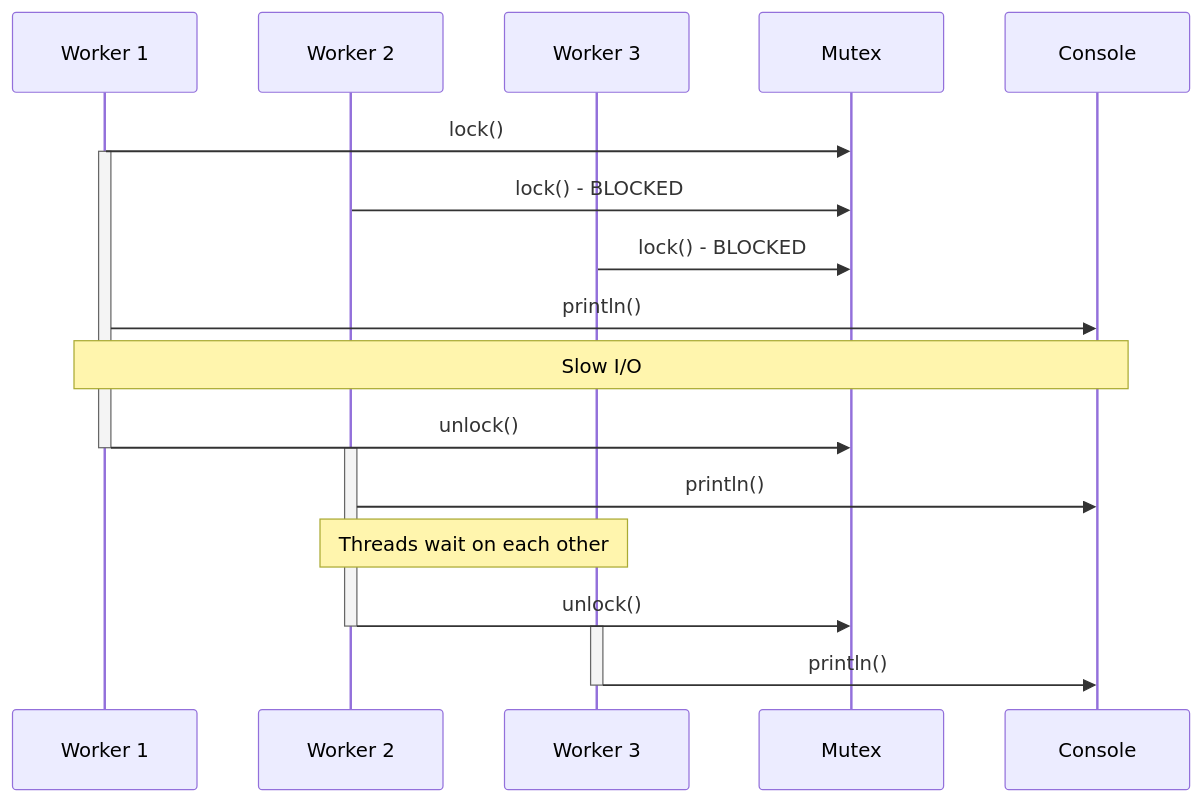
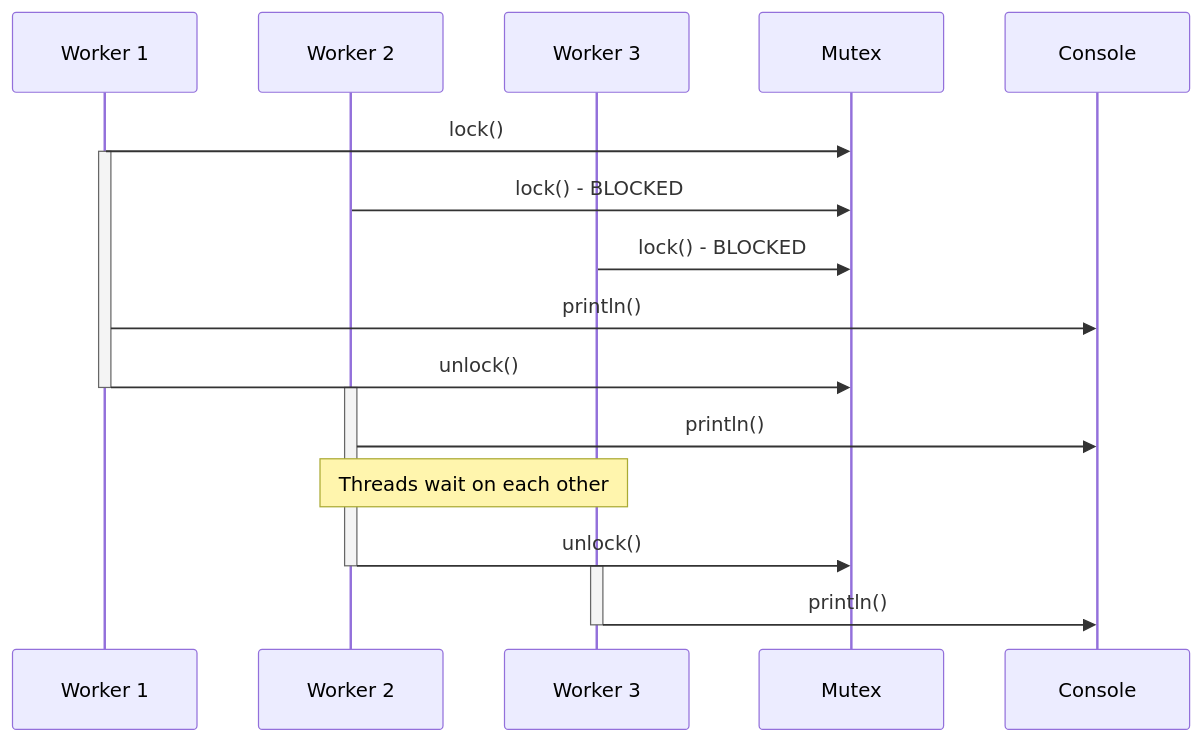
Before and after one commit to Tycro-Games/tycro-games.github.io: the third of 7 diagrams in _posts/2026-01-14-Learning-Multithreading-With-A-Logger.md, drawn with Mermaid. The commit also changed other lines of this file, not shown here.

````diff
--- a/_posts/2026-01-14-Learning-Multithreading-With-A-Logger.md
+++ b/_posts/2026-01-14-Learning-Multithreading-With-A-Logger.md
@@ -391,25 +395,24 @@
 ```mermaid
 sequenceDiagram
     participant T1 as Worker 1
     participant T2 as Worker 2
     participant T3 as Worker 3
     participant M as Mutex
     participant C as Console
     
     T1->>M: lock()
     activate T1
     T2->>M: lock() - BLOCKED
     T3->>M: lock() - BLOCKED
     T1->>C: println()
-    Note over T1,C: Slow I/O
     T1->>M: unlock()
     deactivate T1
     activate T2
     T2->>C: println()
     Note over T2,T3: Threads wait on each other
     T2->>M: unlock()
     deactivate T2
     activate T3
     T3->>C: println()
     deactivate T3
 ```
````
